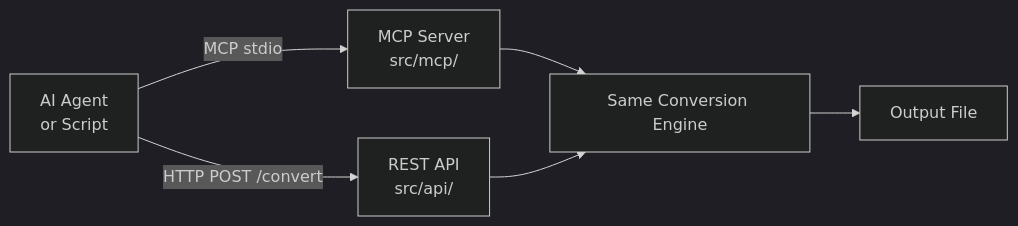
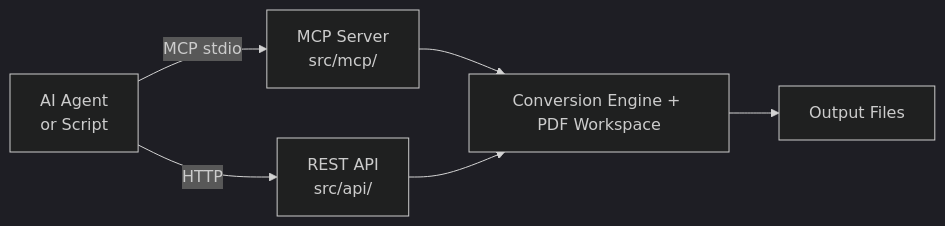
The seventh of 7 diagrams in docs/ARCHITECTURE.md (ogfrench/frogConvert), drawn with Mermaid (dark theme) before and after one commit. The commit also changed other lines of this file and 49 other files, not shown here.

````diff
--- a/docs/ARCHITECTURE.md
+++ b/docs/ARCHITECTURE.md
@@ -211,8 +236,8 @@
 ```mermaid
 flowchart LR
     A[AI Agent\nor Script] -->|MCP stdio| M[MCP Server\nsrc/mcp/]
-    A -->|HTTP POST /convert| R[REST API\nsrc/api/]
-    M --> E[Same Conversion Engine]
+    A -->|HTTP| R[REST API\nsrc/api/]
+    M --> E[Conversion Engine + PDF Workspace]
     R --> E
-    E --> O[Output File]
+    E --> O[Output Files]
 ```
````
